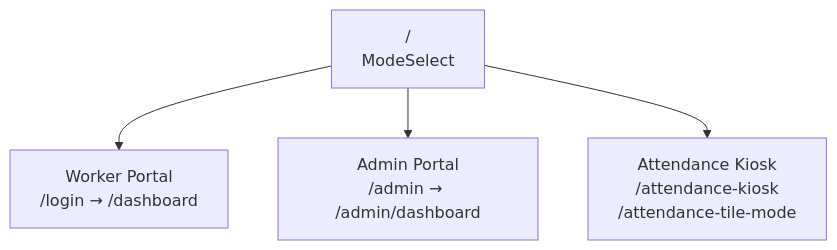
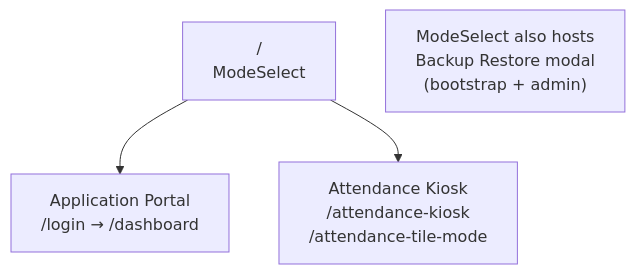
Before and after one commit to stopdoingnothing/Factory-Flow: the diagram in docs/sad/03-frontend-architecture.md, drawn with Mermaid. The commit also changed other lines of this file and 17 other files, not shown here.

````diff
--- a/docs/sad/03-frontend-architecture.md
+++ b/docs/sad/03-frontend-architecture.md
@@ -11,6 +11,6 @@
 ```mermaid
 graph TD
-    Root["/\nModeSelect"] --> Worker["Worker Portal\n/login → /dashboard"]
-    Root --> Admin["Admin Portal\n/admin → /admin/dashboard"]
+    Root["/\nModeSelect"] --> Portal["Application Portal\n/login → /dashboard"]
     Root --> Kiosk["Attendance Kiosk\n/attendance-kiosk\n/attendance-tile-mode"]
+    ModeSelect["ModeSelect also hosts\nBackup Restore modal\n(bootstrap + admin)"]
 ```
````
